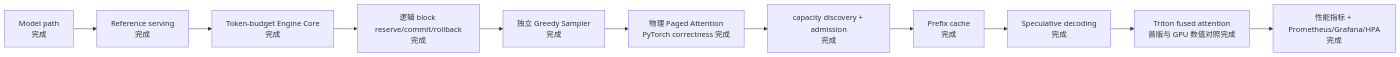
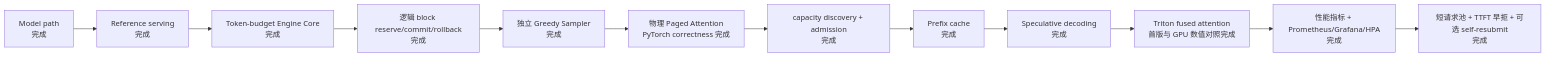
One commit to poorpaper/light-vllm changed the third of 3 diagrams in docs/design.md. Above: the diagram before and after it, drawn with Mermaid. The commit also changed other lines of this file and 3 other files, not shown here.

````diff
--- a/docs/design.md
+++ b/docs/design.md
@@ -315,13 +351,14 @@
 ```mermaid
 flowchart LR
     Model["Model path<br/>完成"] --> Serving["Reference serving<br/>完成"]
     Serving --> Core["Token-budget Engine Core<br/>完成"]
     Core --> Logical["逻辑 block reserve/commit/rollback<br/>完成"]
     Logical --> Sampling["独立 Greedy Sampler<br/>完成"]
     Sampling --> Paged["物理 Paged Attention<br/>PyTorch correctness 完成"]
     Paged --> Capacity["capacity discovery + admission<br/>完成"]
     Capacity --> Prefix["Prefix cache<br/>完成"]
     Prefix --> Spec["Speculative decoding<br/>完成"]
     Spec --> Kernel["Triton fused attention<br/>首版与 GPU 数值对照完成"]
     Kernel --> Metrics["性能指标 + Prometheus/Grafana/HPA<br/>完成"]
+    Metrics --> SLO["短请求池 + TTFT 早拒 + 可选 self-resubmit<br/>完成"]
 ```
````
